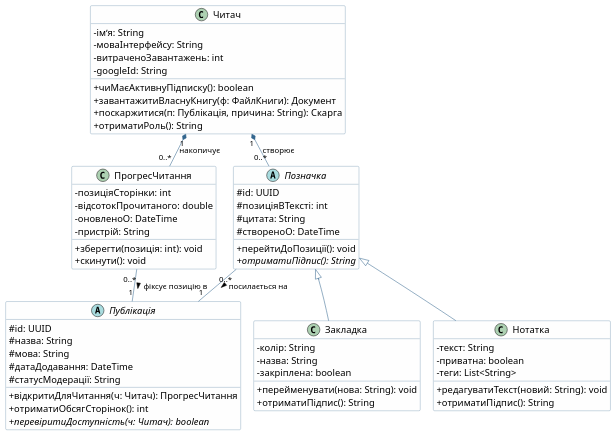
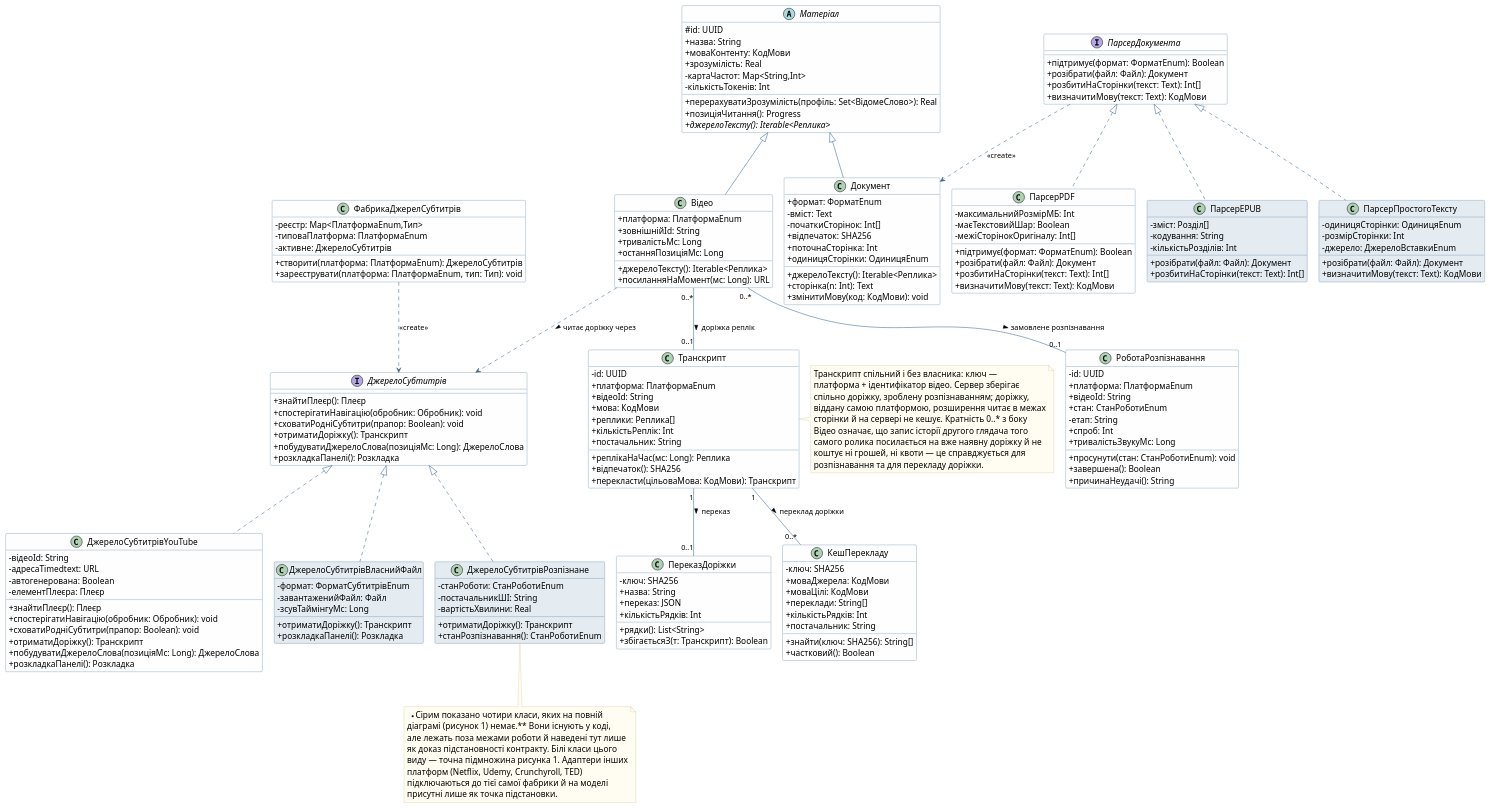
The diagram in lab02_classes/classes_view3.puml (vt232kod-debug/software-modeling), drawn with PlantUML before and after one commit. The commit also changed 77 other files, not shown here.

First line of the commit message:
ЛР1-ЛР4: перебудовано на тему дипломної роботи «Півот»

```diff
--- a/lab02_classes/classes_view3.puml
+++ b/lab02_classes/classes_view3.puml
@@ -1,87 +1,230 @@
 @startuml
-' Вид 3. Читання: прогрес і позначки
-' Частковий вид повної діаграми класів (classes.puml). Склад атрибутів і методів
-' кожного класу дослівно збігається з повною діаграмою.
-' Камінський Олексій Дмитрович, група ВТ-23-2
+' ЛР2. Частковий вид 3: матеріали, спільні транскрипти й точки підстановки
+' (узагальнення, реалізація інтерфейсу, асоціація, залежність)
+' «Півот». Камінський Олексій Дмитрович, ВТ-23-2
 
 skinparam defaultFontName "Helvetica"
-skinparam defaultFontSize 18
+skinparam defaultFontSize 16
 skinparam classAttributeIconSize 0
 skinparam shadowing false
-skinparam ArrowFontSize 15
-skinparam nodesep 25
-skinparam ranksep 40
+skinparam ArrowFontSize 14
+skinparam nodesep 22
+skinparam ranksep 65
 skinparam class {
   BackgroundColor #FEFEFE
   BorderColor #33668E
   ArrowColor #33668E
 }
-
-class Читач {
-  - імʼя: String
-  - моваІнтерфейсу: String
-  - витраченоЗавантажень: int
-  - googleId: String
-  + чиМаєАктивнуПідписку(): boolean
-  + завантажитиВласнуКнигу(ф: ФайлКниги): Документ
-  + поскаржитися(п: Публікація, причина: String): Скарга
-  + отриматиРоль(): String
+skinparam interface {
+  BackgroundColor #FFF8EC
+  BorderColor #B07A28
+}
+skinparam note {
+  BackgroundColor #FFFDF2
+  BorderColor #C9B47A
 }
 
-abstract class Публікація {
+abstract class Матеріал {
   # id: UUID
-  # назва: String
-  # мова: String
-  # датаДодавання: DateTime
-  # статусМодерації: String
-  + відкритиДляЧитання(ч: Читач): ПрогресЧитання
-  + отриматиОбсягСторінок(): int
-  + {abstract} перевіритиДоступність(ч: Читач): boolean
+  + назва: String
+  + моваКонтенту: КодМови
+  + зрозумілість: Real
+  - картаЧастот: Map<String,Int>
+  - кількістьТокенів: Int
+  + перерахуватиЗрозумілість(профіль: Set<ВідомеСлово>): Real
+  + позиціяЧитання(): Progress
+  + {abstract} джерелоТексту(): Iterable<Реплика>
 }
 
-class ПрогресЧитання {
-  - позиціяСторінки: int
-  - відсотокПрочитаного: double
-  - оновленоО: DateTime
-  - пристрій: String
-  + зберегти(позиція: int): void
-  + скинути(): void
+class Відео {
+  + платформа: ПлатформаEnum
+  + зовнішнійId: String
+  + тривалістьМс: Long
+  + останняПозиціяМс: Long
+  + джерелоТексту(): Iterable<Реплика>
+  + посиланняНаМомент(мс: Long): URL
 }
 
-abstract class Позначка {
-  # id: UUID
-  # позиціяВТексті: int
-  # цитата: String
-  # створеноО: DateTime
-  + перейтиДоПозиції(): void
-  + {abstract} отриматиПідпис(): String
+class Документ {
+  + формат: ФорматEnum
+  - вміст: Text
+  - початкиСторінок: Int[]
+  + відпечаток: SHA256
+  + поточнаСторінка: Int
+  + одиницяСторінки: ОдиницяEnum
+  + джерелоТексту(): Iterable<Реплика>
+  + сторінка(n: Int): Text
+  + змінитиМову(код: КодМови): void
 }
 
-class Закладка {
-  - колір: String
-  - назва: String
-  - закріплена: boolean
-  + перейменувати(нова: String): void
-  + отриматиПідпис(): String
+class Транскрипт {
+  - id: UUID
+  + платформа: ПлатформаEnum
+  + відеоId: String
+  + мова: КодМови
+  + реплики: Реплика[]
+  + кількістьРеплік: Int
+  + постачальник: String
+  + реплікаНаЧас(мс: Long): Реплика
+  + відпечаток(): SHA256
+  + перекласти(цільоваМова: КодМови): Транскрипт
 }
 
-class Нотатка {
-  - текст: String
-  - приватна: boolean
-  - теги: List<String>
-  + редагуватиТекст(новий: String): void
-  + отриматиПідпис(): String
+class ПереказДоріжки {
+  - ключ: SHA256
+  + назва: String
+  + переказ: JSON
+  + кількістьРядків: Int
+  + рядки(): List<String>
+  + збігаєтьсяЗ(т: Транскрипт): Boolean
 }
 
-' --- Узагальнення (2) ---
-Позначка <|-- Закладка
-Позначка <|-- Нотатка
+class РоботаРозпізнавання {
+  - id: UUID
+  + платформа: ПлатформаEnum
+  + відеоId: String
+  + стан: СтанРоботиEnum
+  - етап: String
+  + спроб: Int
+  + тривалістьЗвукуМс: Long
+  + просунути(стан: СтанРоботиEnum): void
+  + завершена(): Boolean
+  + причинаНеудачі(): String
+}
 
-' --- Композиція (2) ---
-Читач "1" *-- "0..*" ПрогресЧитання : накопичує
-Читач "1" *-- "0..*" Позначка : створює
+class КешПерекладу {
+  - ключ: SHA256
+  + моваДжерела: КодМови
+  + моваЦілі: КодМови
+  + переклади: String[]
+  + кількістьРядків: Int
+  + постачальник: String
+  + знайти(ключ: SHA256): String[]
+  + частковий(): Boolean
+}
 
-' --- Асоціації з множинністю (2) ---
-ПрогресЧитання "0..*" -- "1" Публікація : фіксує позицію в >
-Позначка "0..*" -- "1" Публікація : посилається на >
+interface ДжерелоСубтитрів {
+  + знайтиПлеєр(): Плеєр
+  + спостерігатиНавігацію(обробник: Обробник): void
+  + сховатиРодніСубтитри(прапор: Boolean): void
+  + отриматиДоріжку(): Транскрипт
+  + побудуватиДжерелоСлова(позиціяМс: Long): ДжерелоСлова
+  + розкладкаПанелі(): Розкладка
+}
+
+class ДжерелоСубтитрівYouTube {
+  - відеоId: String
+  - адресаTimedtext: URL
+  - автогенерована: Boolean
+  - елементПлеєра: Плеєр
+  + знайтиПлеєр(): Плеєр
+  + спостерігатиНавігацію(обробник: Обробник): void
+  + сховатиРодніСубтитри(прапор: Boolean): void
+  + отриматиДоріжку(): Транскрипт
+  + побудуватиДжерелоСлова(позиціяМс: Long): ДжерелоСлова
+  + розкладкаПанелі(): Розкладка
+}
+
+class ДжерелоСубтитрівВласнийФайл #E4EBF1 {
+  - формат: ФорматСубтитрівEnum
+  - завантаженийФайл: Файл
+  - зсувТаймінгуМс: Long
+  + отриматиДоріжку(): Транскрипт
+  + розкладкаПанелі(): Розкладка
+}
+
+class ДжерелоСубтитрівРозпізнане #E4EBF1 {
+  - станРоботи: СтанРоботиEnum
+  - постачальникШІ: String
+  - вартістьХвилини: Real
+  + отриматиДоріжку(): Транскрипт
+  + станРозпізнавання(): СтанРоботиEnum
+}
+
+class ФабрикаДжерелСубтитрів {
+  - реєстр: Map<ПлатформаEnum,Тип>
+  - типоваПлатформа: ПлатформаEnum
+  - активне: ДжерелоСубтитрів
+  + створити(платформа: ПлатформаEnum): ДжерелоСубтитрів
+  + зареєструвати(платформа: ПлатформаEnum, тип: Тип): void
+}
+
+interface ПарсерДокумента {
+  + підтримує(формат: ФорматEnum): Boolean
+  + розібрати(файл: Файл): Документ
+  + розбитиНаСторінки(текст: Text): Int[]
+  + визначитиМову(текст: Text): КодМови
+}
+
+class ПарсерPDF {
+  - максимальнийРозмірМБ: Int
+  - маєТекстовийШар: Boolean
+  - межіСторінокОригіналу: Int[]
+  + підтримує(формат: ФорматEnum): Boolean
+  + розібрати(файл: Файл): Документ
+  + розбитиНаСторінки(текст: Text): Int[]
+  + визначитиМову(текст: Text): КодМови
+}
+
+class ПарсерEPUB #E4EBF1 {
+  - зміст: Розділ[]
+  - кодування: String
+  - кількістьРозділів: Int
+  + розібрати(файл: Файл): Документ
+  + розбитиНаСторінки(текст: Text): Int[]
+}
+
+class ПарсерПростогоТексту #E4EBF1 {
+  - одиницяСторінки: ОдиницяEnum
+  - розмірСторінки: Int
+  - джерело: ДжерелоВставкиEnum
+  + розібрати(файл: Файл): Документ
+  + визначитиМову(текст: Text): КодМови
+}
+
+' --- узагальнення ---
+Матеріал <|-- Відео
+Матеріал <|-- Документ
+
+' --- реалізація інтерфейсу ---
+ДжерелоСубтитрів <|.. ДжерелоСубтитрівYouTube
+ДжерелоСубтитрів <|.. ДжерелоСубтитрівВласнийФайл
+ДжерелоСубтитрів <|.. ДжерелоСубтитрівРозпізнане
+ПарсерДокумента <|.. ПарсерPDF
+ПарсерДокумента <|.. ПарсерEPUB
+ПарсерДокумента <|.. ПарсерПростогоТексту
+
+' --- асоціація з кратністю ---
+Відео "0..*" -- "0..1" Транскрипт : доріжка реплік >
+Відео "0..*" -- "0..1" РоботаРозпізнавання : замовлене розпізнавання >
+Транскрипт "1" -- "0..*" КешПерекладу : переклад доріжки >
+Транскрипт "1" -- "0..1" ПереказДоріжки : переказ >
+
+' --- залежність ---
+Відео ..> ДжерелоСубтитрів : читає доріжку через >
+ФабрикаДжерелСубтитрів ..> ДжерелоСубтитрів : <<create>>
+ПарсерДокумента ..> Документ : <<create>>
+
+note bottom of ДжерелоСубтитрівРозпізнане
+  **Сірим показано чотири класи, яких на повній
+  діаграмі (рисунок 1) немає.** Вони існують у коді,
+  але лежать поза межами роботи й наведені тут лише
+  як доказ підстановності контракту. Білі класи цього
+  виду — точна підмножина рисунка 1. Адаптери інших
+  платформ (Netflix, Udemy, Crunchyroll, TED)
+  підключаються до тієї самої фабрики й на моделі
+  присутні лише як точка підстановки.
+end note
+
+note right of Транскрипт
+  Транскрипт спільний і без власника: ключ —
+  платформа + ідентифікатор відео. Сервер зберігає
+  спільно доріжку, зроблену розпізнаванням; доріжку,
+  віддану самою платформою, розширення читає в межах
+  сторінки й на сервері не кешує. Кратність 0..* з боку
+  Відео означає, що запис історії другого глядача того
+  самого ролика посилається на вже наявну доріжку й не
+  коштує ні грошей, ні квоти — це справджується для
+  розпізнавання та для перекладу доріжки.
+end note
 @enduml
```
